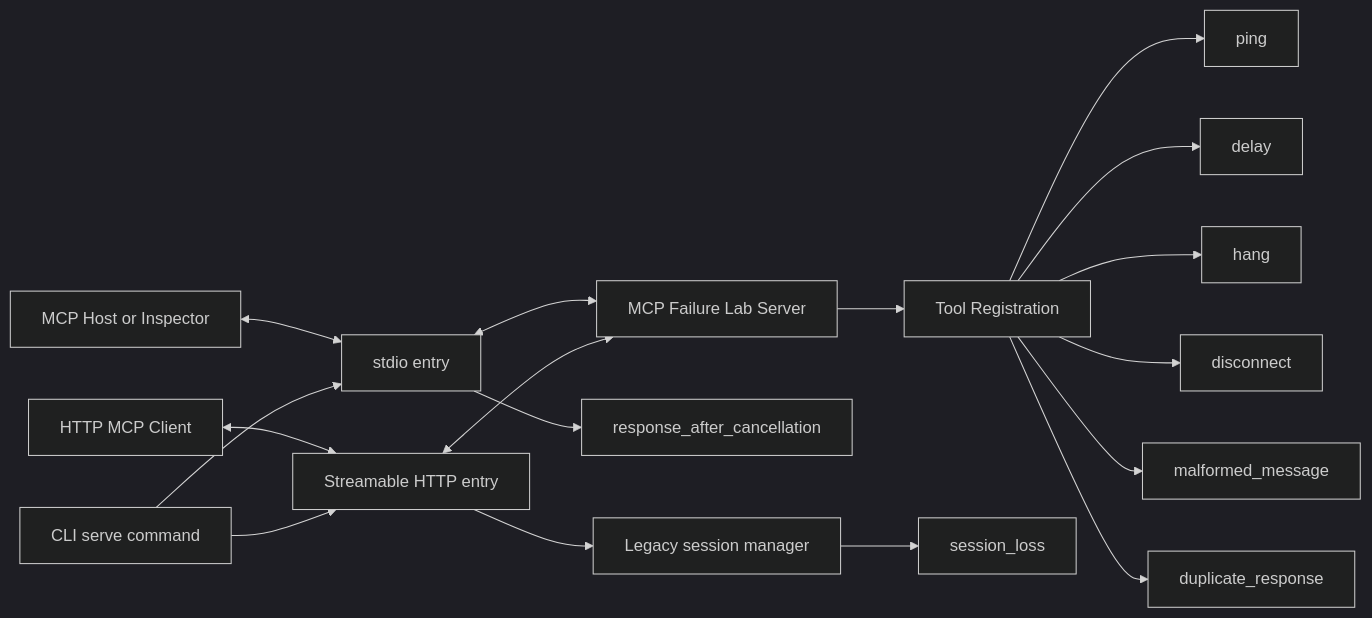
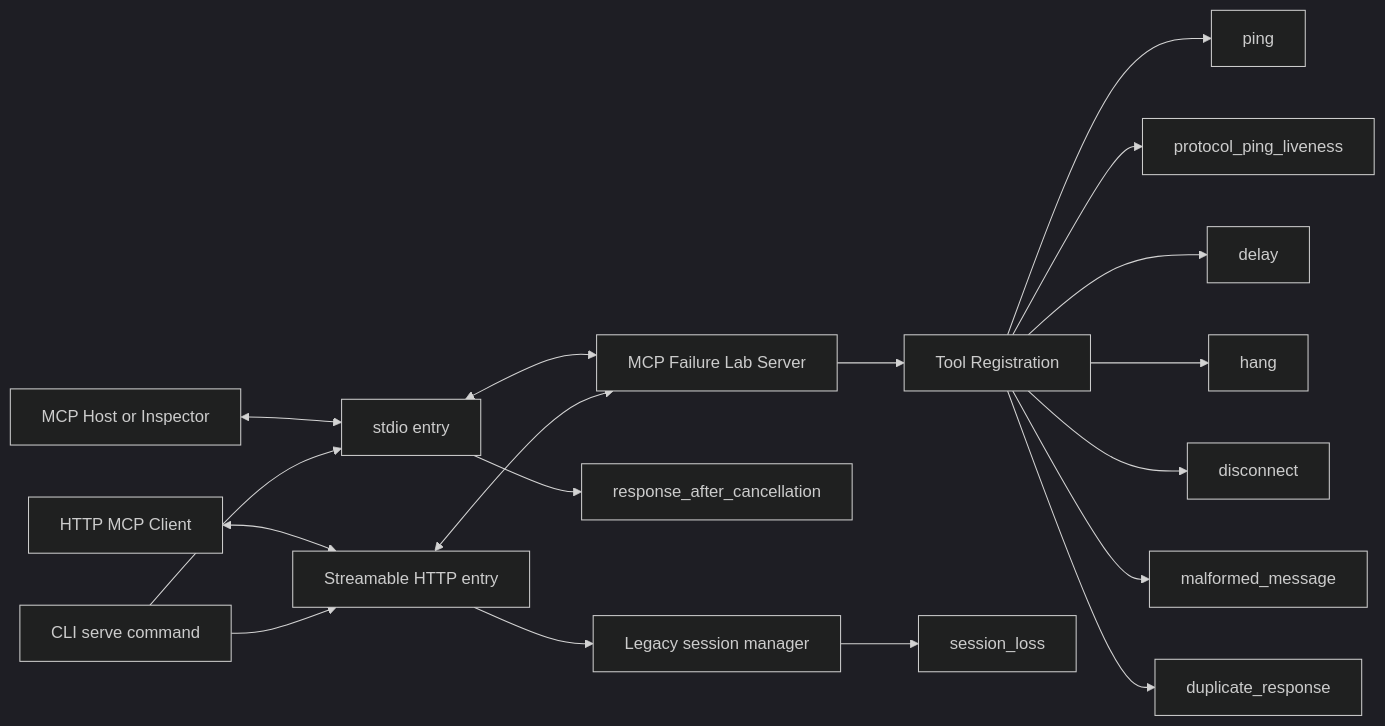
Before and after one commit to anilloutombam/mcplab.dev: the first of 5 diagrams in src/content/docs/docs/architecture.mdx, drawn with Mermaid (dark theme). The commit also changed other lines of this file and 7 other files, not shown here.

First line of the commit message:
docs: document protocol liveness and update architecture (#45)

````diff
--- a/src/content/docs/docs/architecture.mdx
+++ b/src/content/docs/docs/architecture.mdx
@@ -10,19 +10,20 @@
 ```mermaid
 graph LR
     Host[MCP Host or Inspector] <--> Stdio[stdio entry]
     HttpClient[HTTP MCP Client] <--> Http[Streamable HTTP entry]
     Stdio <--> Server[MCP Failure Lab Server]
     Http <--> Server
     Server --> Registration[Tool Registration]
     Registration --> Ping[ping]
+    Registration --> Liveness[protocol_ping_liveness]
     Registration --> Delay[delay]
     Registration --> Hang[hang]
     Registration --> Disconnect[disconnect]
     Registration --> Malformed[malformed_message]
     Registration --> Duplicate[duplicate_response]
     Stdio --> LateResponse[response_after_cancellation]
     Http --> LegacySessions[Legacy session manager]
     LegacySessions --> SessionLoss[session_loss]
     CLI[CLI serve command] --> Stdio
     CLI --> Http
 ```
````
